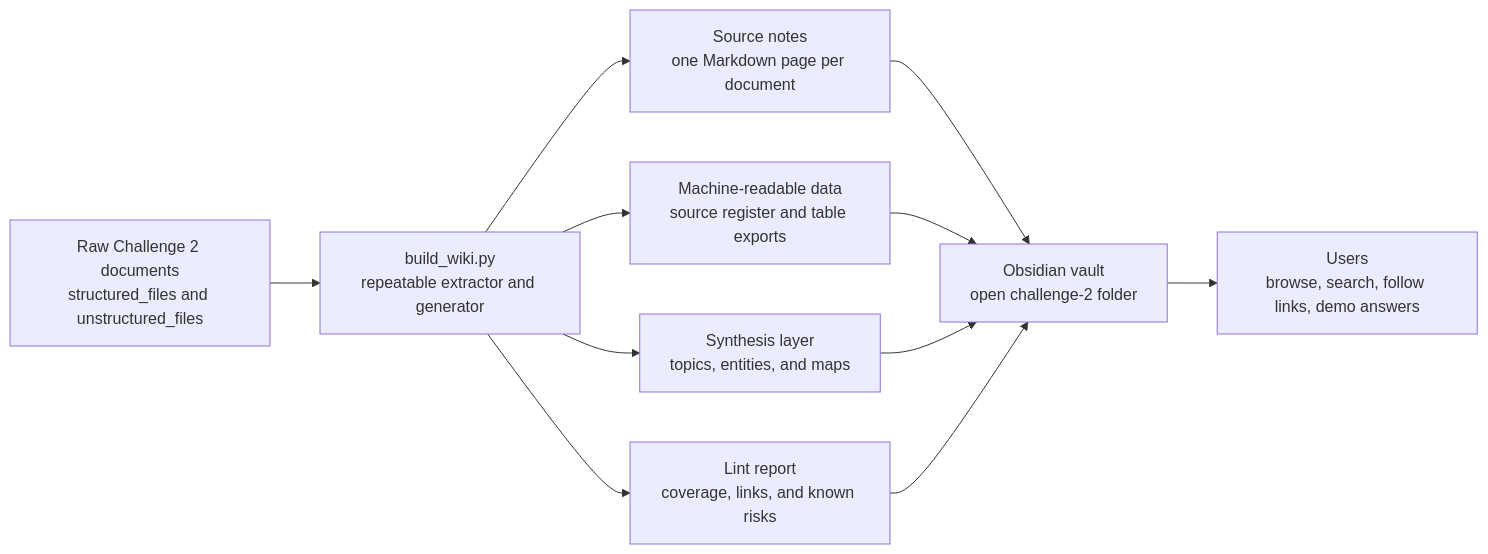
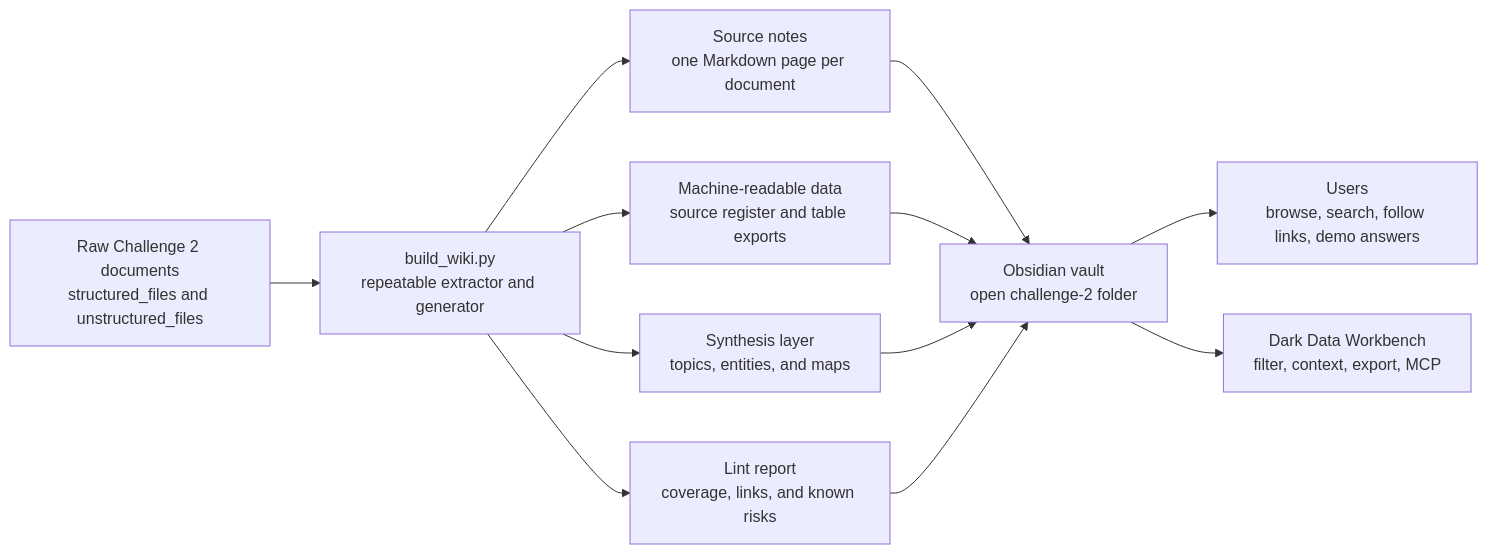
The first of 3 diagrams in challenge-2/wiki/architecture.md (chris-page-gov/ai-engineering-lab-hackathon-london-2026), drawn with Mermaid before and after one commit. The commit also changed other lines of this file and 35 other files, not shown here.

Commit message:
Add Challenge 2 dark data workbench

````diff
--- a/challenge-2/wiki/architecture.md
+++ b/challenge-2/wiki/architecture.md
@@ -29,13 +31,14 @@
 ```mermaid
 flowchart LR
   Raw["Raw Challenge 2 documents\nstructured_files and unstructured_files"] --> Builder["build_wiki.py\nrepeatable extractor and generator"]
   Builder --> Notes["Source notes\none Markdown page per document"]
   Builder --> Data["Machine-readable data\nsource register and table exports"]
   Builder --> Synthesis["Synthesis layer\ntopics, entities, and maps"]
   Builder --> Lint["Lint report\ncoverage, links, and known risks"]
   Notes --> Vault["Obsidian vault\nopen challenge-2 folder"]
   Data --> Vault
   Synthesis --> Vault
   Lint --> Vault
   Vault --> Users["Users\nbrowse, search, follow links, demo answers"]
+  Vault --> Workbench["Dark Data Workbench\nfilter, context, export, MCP"]
 ```
````
